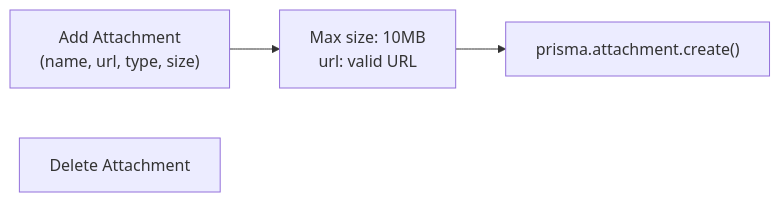
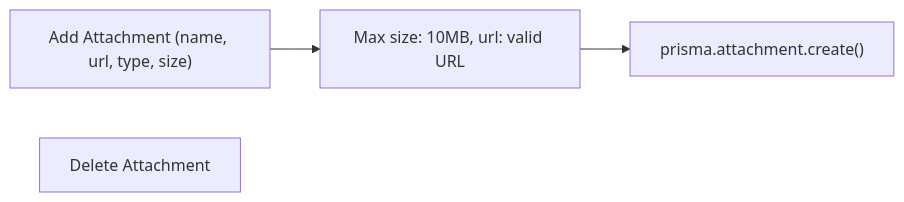
Before and after one commit to asefahmed500/Smart-Task-App_IIT_DU_Final_Project: the seventh of 10 diagrams in docs/05-task-management.md, drawn with Mermaid. The commit also changed other lines of this file and 8 other files, not shown here.

Commit message:
fix: remove br tags from mermaid diagrams for GitHub rendering

````diff
--- a/docs/05-task-management.md
+++ b/docs/05-task-management.md
@@ -286,8 +286,8 @@
 ```mermaid
 flowchart LR
-    ADD["Add Attachment<br/>(name, url, type, size)"]
+    ADD["Add Attachment (name, url, type, size)"]
     DELETE["Delete Attachment"]
 
-    ADD --> VALIDATE["Max size: 10MB<br/>url: valid URL"]
+    ADD --> VALIDATE["Max size: 10MB, url: valid URL"]
     VALIDATE --> CREATE["prisma.attachment.create()"]
 ```
````
